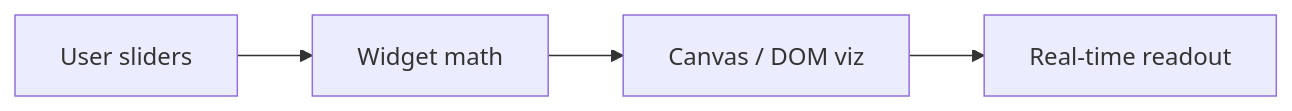
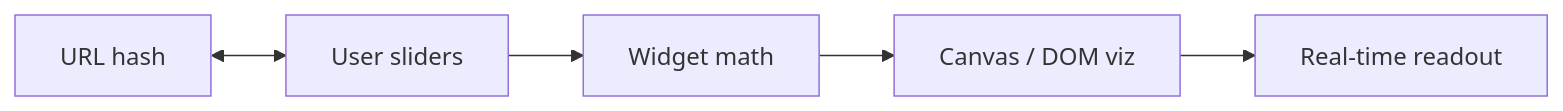
One commit to Dmallick01/llm-parameter-lab changed the diagram in README.md. Above: the diagram before and after it, drawn with Mermaid. The commit also changed other lines of this file and 13 other files, not shown here.

````diff
--- a/README.md
+++ b/README.md
@@ -28,6 +65,7 @@
 ```mermaid
 flowchart LR
   U[User sliders] --> W[Widget math]
   W --> C[Canvas / DOM viz]
   C --> R[Real-time readout]
+  H[URL hash] <--> U
 ```
````
